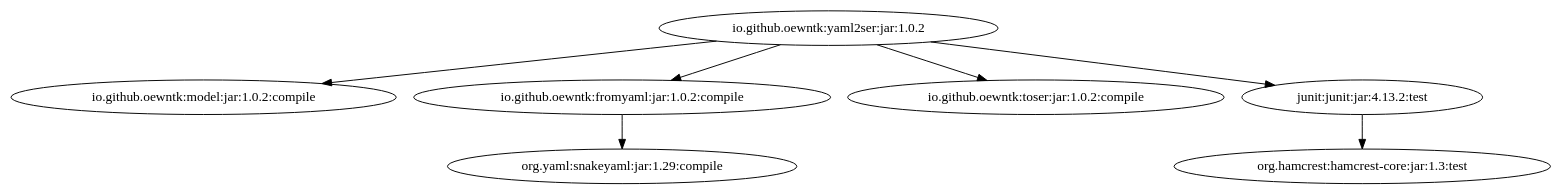
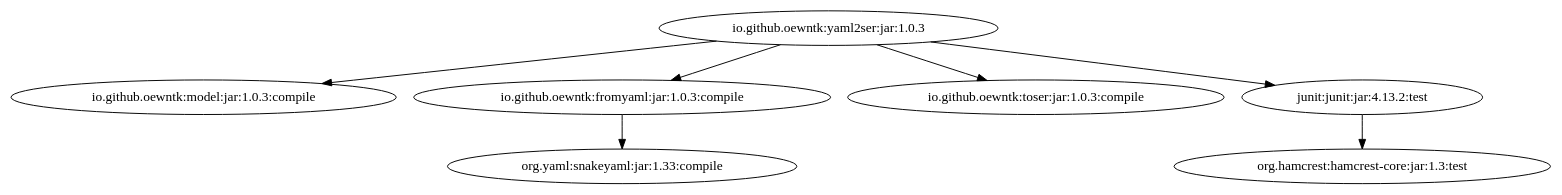
One commit to oewntk/grind_yaml2ser changed the diagram in images/grind-yaml2ser.dot. Above: the diagram before and after it, drawn with Graphviz. The commit also changed 1 other file, not shown here.

Commit message:
push to snakeyaml 1.33

```diff
--- a/images/grind-yaml2ser.dot
+++ b/images/grind-yaml2ser.dot
@@ -1,8 +1,8 @@
-digraph "io.github.oewntk:yaml2ser:jar:1.0.2" { 
-	"io.github.oewntk:yaml2ser:jar:1.0.2" -> "io.github.oewntk:model:jar:1.0.2:compile" ; 
-	"io.github.oewntk:yaml2ser:jar:1.0.2" -> "io.github.oewntk:fromyaml:jar:1.0.2:compile" ; 
-	"io.github.oewntk:yaml2ser:jar:1.0.2" -> "io.github.oewntk:toser:jar:1.0.2:compile" ; 
-	"io.github.oewntk:yaml2ser:jar:1.0.2" -> "junit:junit:jar:4.13.2:test" ; 
-	"io.github.oewntk:fromyaml:jar:1.0.2:compile" -> "org.yaml:snakeyaml:jar:1.29:compile" ; 
+digraph "io.github.oewntk:yaml2ser:jar:1.0.3" { 
+	"io.github.oewntk:yaml2ser:jar:1.0.3" -> "io.github.oewntk:model:jar:1.0.3:compile" ; 
+	"io.github.oewntk:yaml2ser:jar:1.0.3" -> "io.github.oewntk:fromyaml:jar:1.0.3:compile" ; 
+	"io.github.oewntk:yaml2ser:jar:1.0.3" -> "io.github.oewntk:toser:jar:1.0.3:compile" ; 
+	"io.github.oewntk:yaml2ser:jar:1.0.3" -> "junit:junit:jar:4.13.2:test" ; 
+	"io.github.oewntk:fromyaml:jar:1.0.3:compile" -> "org.yaml:snakeyaml:jar:1.33:compile" ; 
 	"junit:junit:jar:4.13.2:test" -> "org.hamcrest:hamcrest-core:jar:1.3:test" ; 
  } 
```
